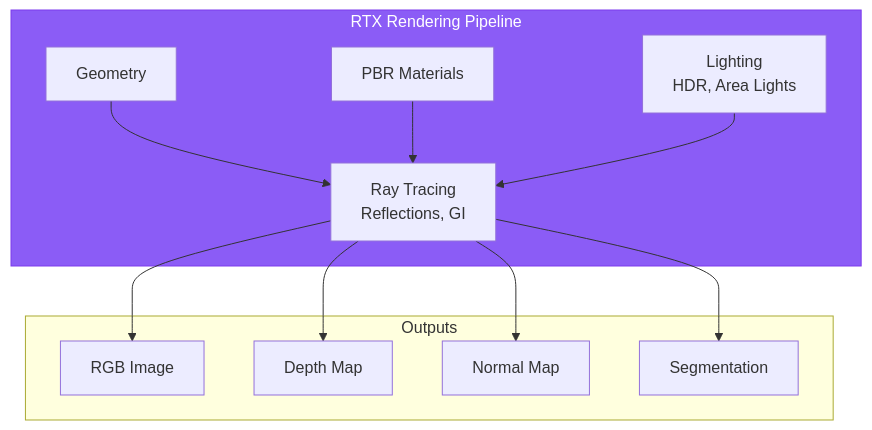
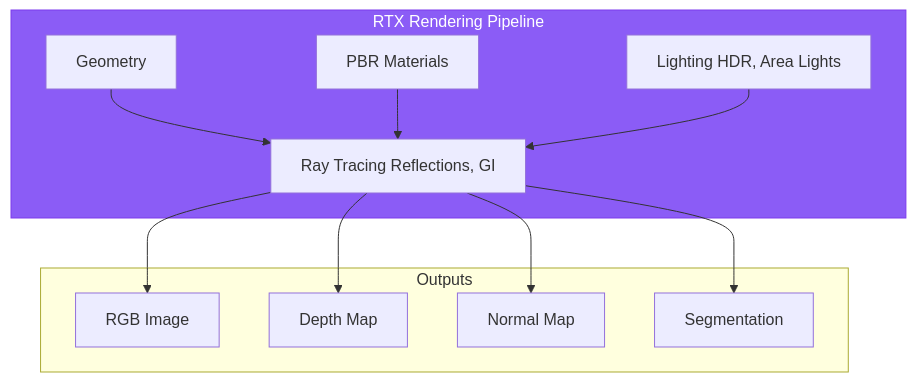
Before and after one commit to shakir-hussain1/physical-AI-and-humanoid-robotics-textbook-by-shakir-hussain: the second of 4 diagrams in docs/modules/module-3-isaac/chapter-10-sim.md, drawn with Mermaid. The commit also changed other lines of this file and 17 other files, not shown here.

Commit message:
fix: Remove br tags from Mermaid diagrams causing parse errors

````diff
--- a/docs/modules/module-3-isaac/chapter-10-sim.md
+++ b/docs/modules/module-3-isaac/chapter-10-sim.md
@@ -146,26 +146,26 @@
 ```mermaid
 flowchart TD
     subgraph Rendering["RTX Rendering Pipeline"]
         GEOM[Geometry]
         MAT[PBR Materials]
-        LIGHT[Lighting<br/>HDR, Area Lights]
-        RAY[Ray Tracing<br/>Reflections, GI]
+        LIGHT[Lighting HDR, Area Lights]
+        RAY[Ray Tracing Reflections, GI]
     end
 
     subgraph Output["Outputs"]
         RGB[RGB Image]
         DEPTH[Depth Map]
         NORMAL[Normal Map]
         SEG[Segmentation]
     end
 
     GEOM --> RAY
     MAT --> RAY
     LIGHT --> RAY
     RAY --> RGB
     RAY --> DEPTH
     RAY --> NORMAL
     RAY --> SEG
 
     style Rendering fill:#8b5cf6,stroke:#7c3aed,color:#fff
 ```
````
